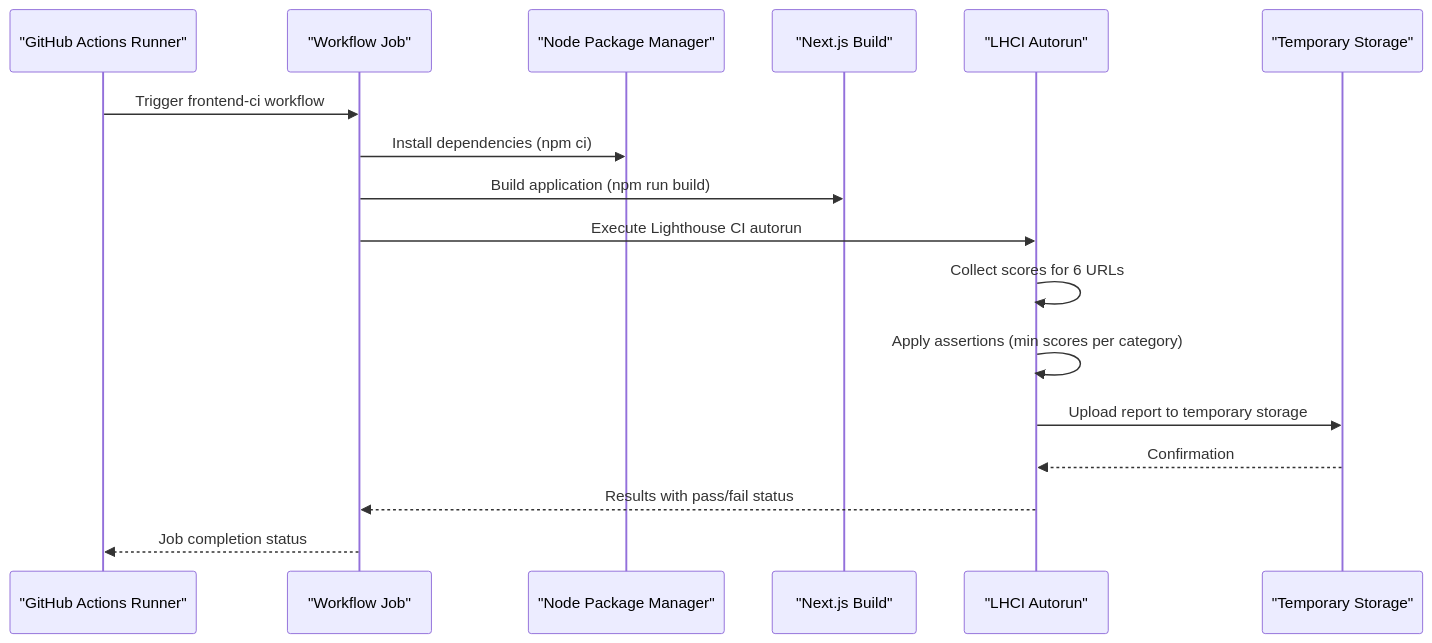
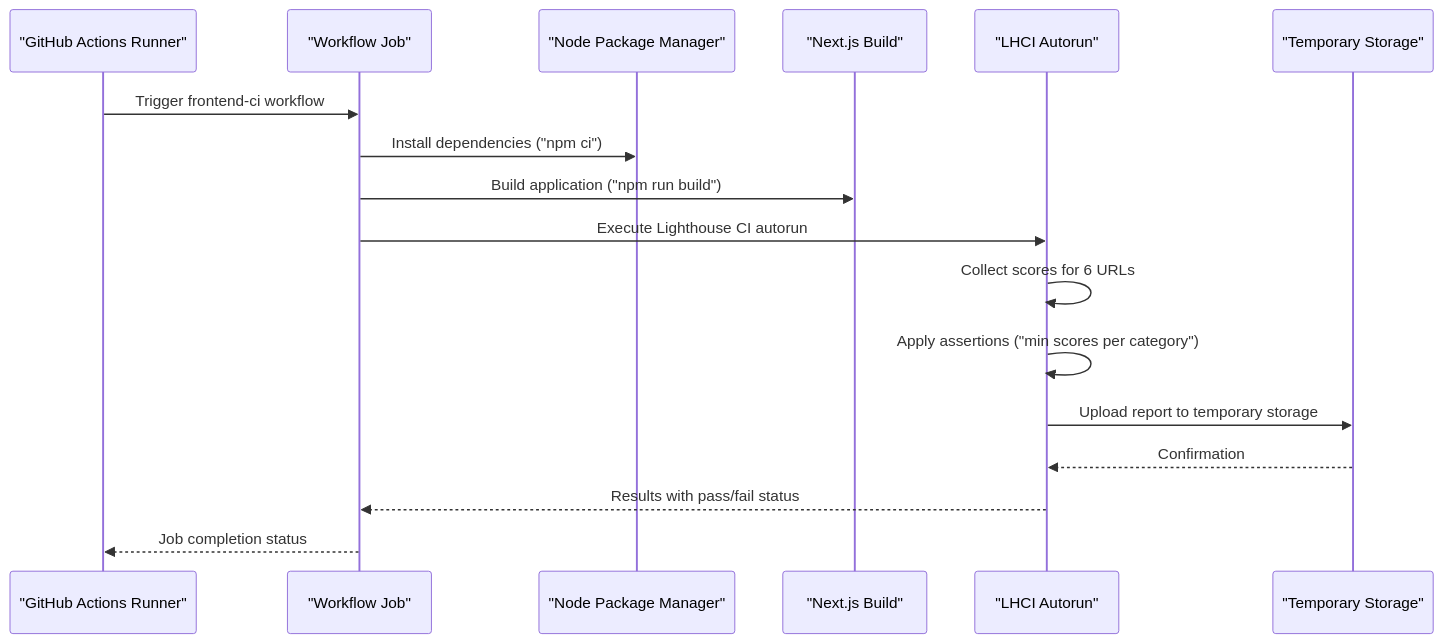
Before and after one commit to rohitkumarnaidu/ScholarFormAI: the second of 4 diagrams in docs/docs/knowledge/Testing Strategy/Lighthouse CI Integration.md, drawn with Mermaid. The commit also changed other lines of this file and 611 other files, not shown here.

````diff
--- a/docs/docs/knowledge/Testing Strategy/Lighthouse CI Integration.md
+++ b/docs/docs/knowledge/Testing Strategy/Lighthouse CI Integration.md
@@ -130,19 +130,19 @@
 ```mermaid
 sequenceDiagram
 participant GH as "GitHub Actions Runner"
 participant WA as "Workflow Job"
 participant NP as "Node Package Manager"
 participant NX as "Next.js Build"
 participant LH as "LHCI Autorun"
 participant LS as "Temporary Storage"
 GH->>WA : Trigger frontend-ci workflow
-WA->>NP : Install dependencies (npm ci)
-WA->>NX : Build application (npm run build)
+WA->>NP : Install dependencies ("npm ci")
+WA->>NX : Build application ("npm run build")
 WA->>LH : Execute Lighthouse CI autorun
 LH->>LH : Collect scores for 6 URLs
-LH->>LH : Apply assertions (min scores per category)
+LH->>LH : Apply assertions ("min scores per category")
 LH->>LS : Upload report to temporary storage
 LS-->>LH : Confirmation
 LH-->>WA : Results with pass/fail status
 WA-->>GH : Job completion status
 ```
````
